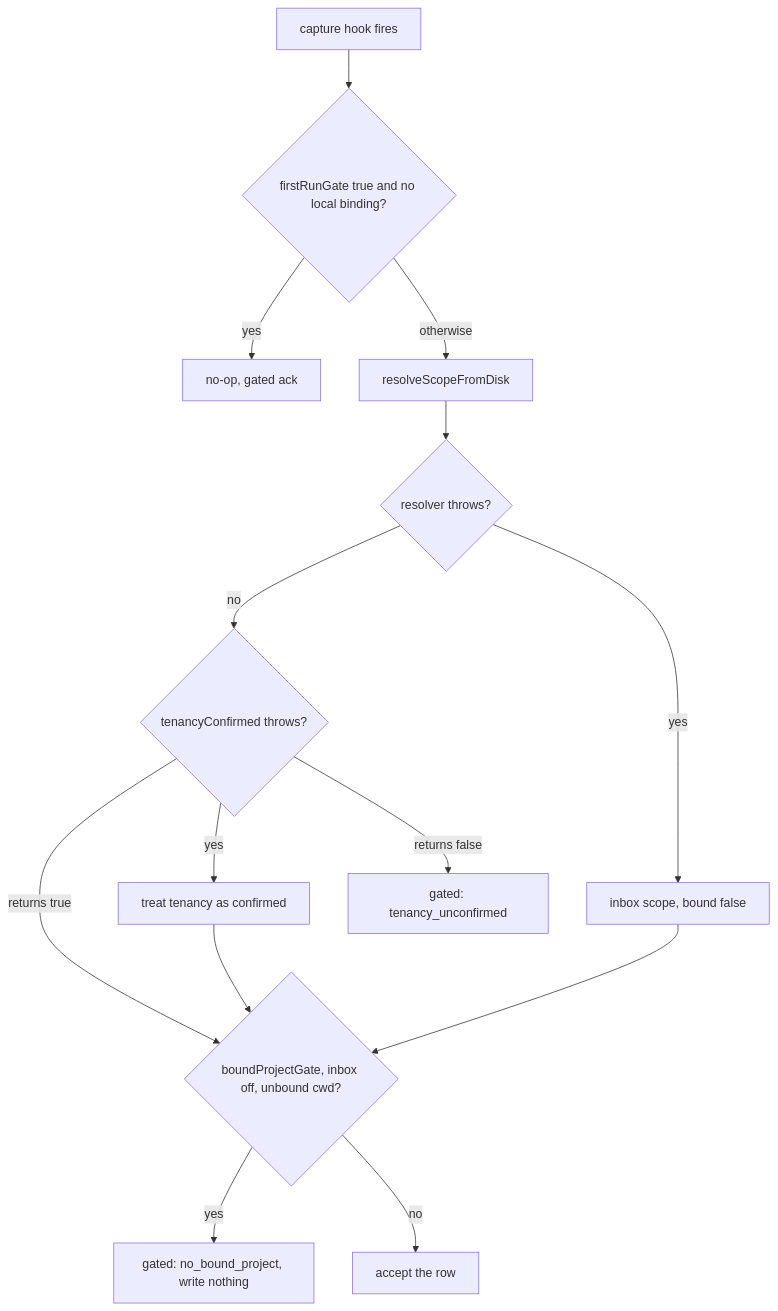
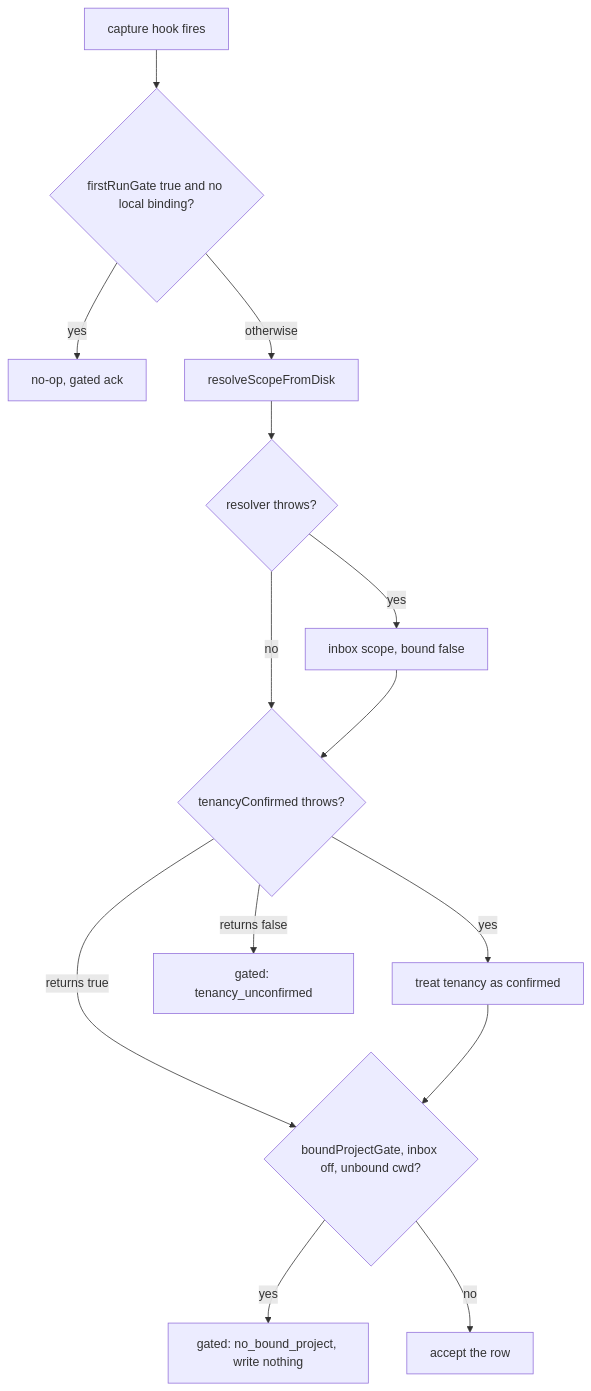
The second of 4 diagrams in library/knowledge/private/architecture/projects-onboarding-and-lifecycle.md (legioncodeinc/honeycomb), drawn with Mermaid before and after one commit. The commit also changed other lines of this file and 43 other files, not shown here.

````diff
--- a/library/knowledge/private/architecture/projects-onboarding-and-lifecycle.md
+++ b/library/knowledge/private/architecture/projects-onboarding-and-lifecycle.md
@@ -67,16 +67,16 @@
 ```mermaid
 flowchart TD
     fire["capture hook fires"] --> fr{"firstRunGate true and no local binding?"}
     fr -->|yes| gated["no-op, gated ack"]
     fr -->|otherwise| resolve["resolveScopeFromDisk"]
     resolve --> resolverThrow{"resolver throws?"}
     resolverThrow -->|yes| inbox["inbox scope, bound false"]
     resolverThrow -->|no| tenancy{"tenancyConfirmed throws?"}
     tenancy -->|yes| confirmed["treat tenancy as confirmed"]
     tenancy -->|returns false| tenGated["gated: tenancy_unconfirmed"]
     tenancy -->|returns true| bound{"boundProjectGate, inbox off, unbound cwd?"}
     confirmed --> bound
-    inbox --> bound
+    inbox --> tenancy
     bound -->|yes| noBound["gated: no_bound_project, write nothing"]
     bound -->|no| capture["accept the row"]
 ```
````
